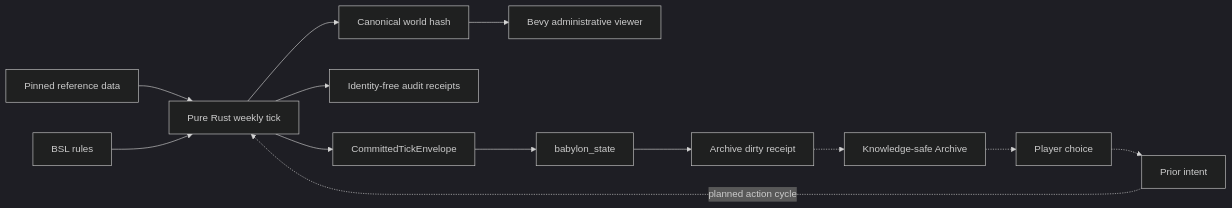
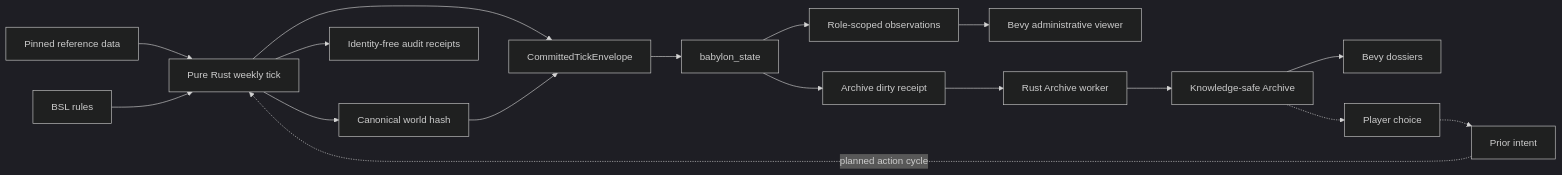
One commit to percy-raskova/babylon changed the diagram in NORTH_STAR.md. Above: the diagram before and after it, drawn with Mermaid (dark theme). The commit also changed other lines of this file and 45 other files, not shown here.

````diff
--- a/NORTH_STAR.md
+++ b/NORTH_STAR.md
@@ -131,15 +132,19 @@
 ```mermaid
 flowchart LR
     REF["Pinned reference data"] --> TICK["Pure Rust weekly tick"]
     BSL["BSL rules"] --> TICK
     INTENT["Prior intent"] -. "planned action cycle" .-> TICK
     TICK --> HASH["Canonical world hash"]
     TICK --> AUDIT["Identity-free audit receipts"]
-    HASH --> VIEW["Bevy administrative viewer"]
     TICK --> ENV["CommittedTickEnvelope"]
+    HASH --> ENV
     ENV --> STATE["babylon_state"]
+    STATE --> READ["Role-scoped observations"]
+    READ --> VIEW["Bevy administrative viewer"]
     STATE --> OUTBOX["Archive dirty receipt"]
-    OUTBOX -.-> ARCHIVE["Knowledge-safe Archive"]
+    OUTBOX --> WORKER["Rust Archive worker"]
+    WORKER --> ARCHIVE["Knowledge-safe Archive"]
+    ARCHIVE --> DOSSIER["Bevy dossiers"]
     ARCHIVE -.-> CHOICE["Player choice"]
     CHOICE -.-> INTENT
 ```
````
